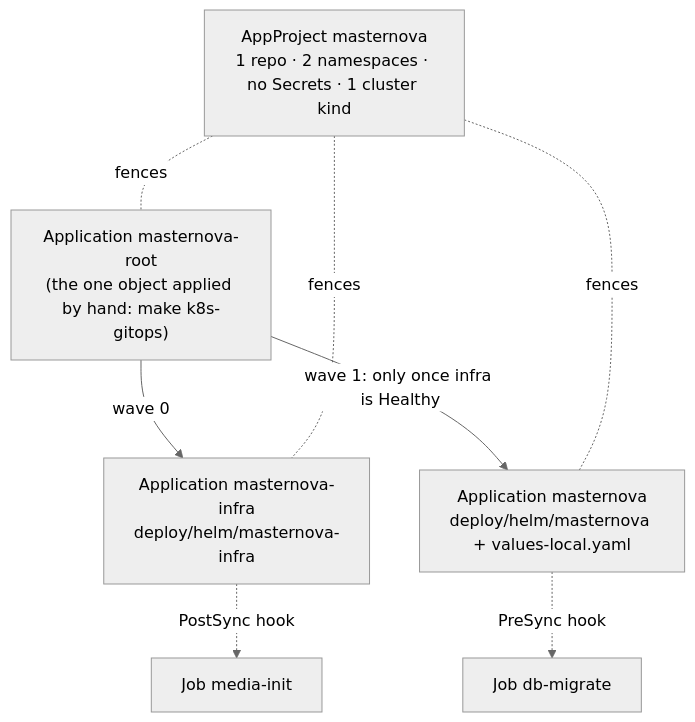
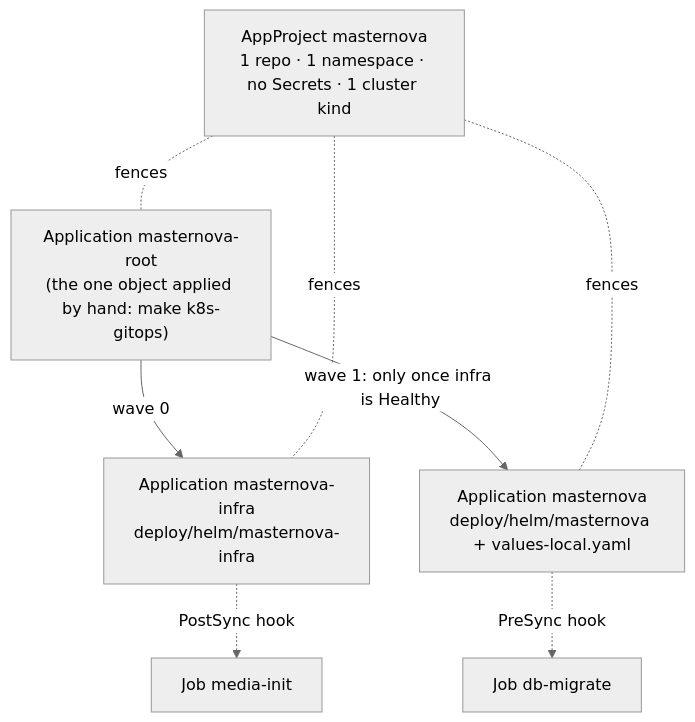
Before and after one commit to b-nimai/Masternova-Spring: the fifth of 5 diagrams in patterns/devops/06-kubernetes.md, drawn with Mermaid (neutral theme). The commit also changed other lines of this file and 17 other files, not shown here.

````diff
--- a/patterns/devops/06-kubernetes.md
+++ b/patterns/devops/06-kubernetes.md
@@ -638,9 +642,9 @@
 ```mermaid
 flowchart TB
   root["Application masternova-root<br/>(the one object applied by hand: make k8s-gitops)"]
   root -->|"wave 0"| infra["Application masternova-infra<br/>deploy/helm/masternova-infra"]
   root -->|"wave 1: only once infra is Healthy"| apps["Application masternova<br/>deploy/helm/masternova + values-local.yaml"]
   apps -.->|PreSync hook| mig[Job db-migrate]
   infra -.->|PostSync hook| mi[Job media-init]
-  proj["AppProject masternova<br/>1 repo · 2 namespaces · no Secrets · 1 cluster kind"] -.fences.- root & infra & apps
+  proj["AppProject masternova<br/>1 repo · 1 namespace · no Secrets · 1 cluster kind"] -.fences.- root & infra & apps
 ```
````
